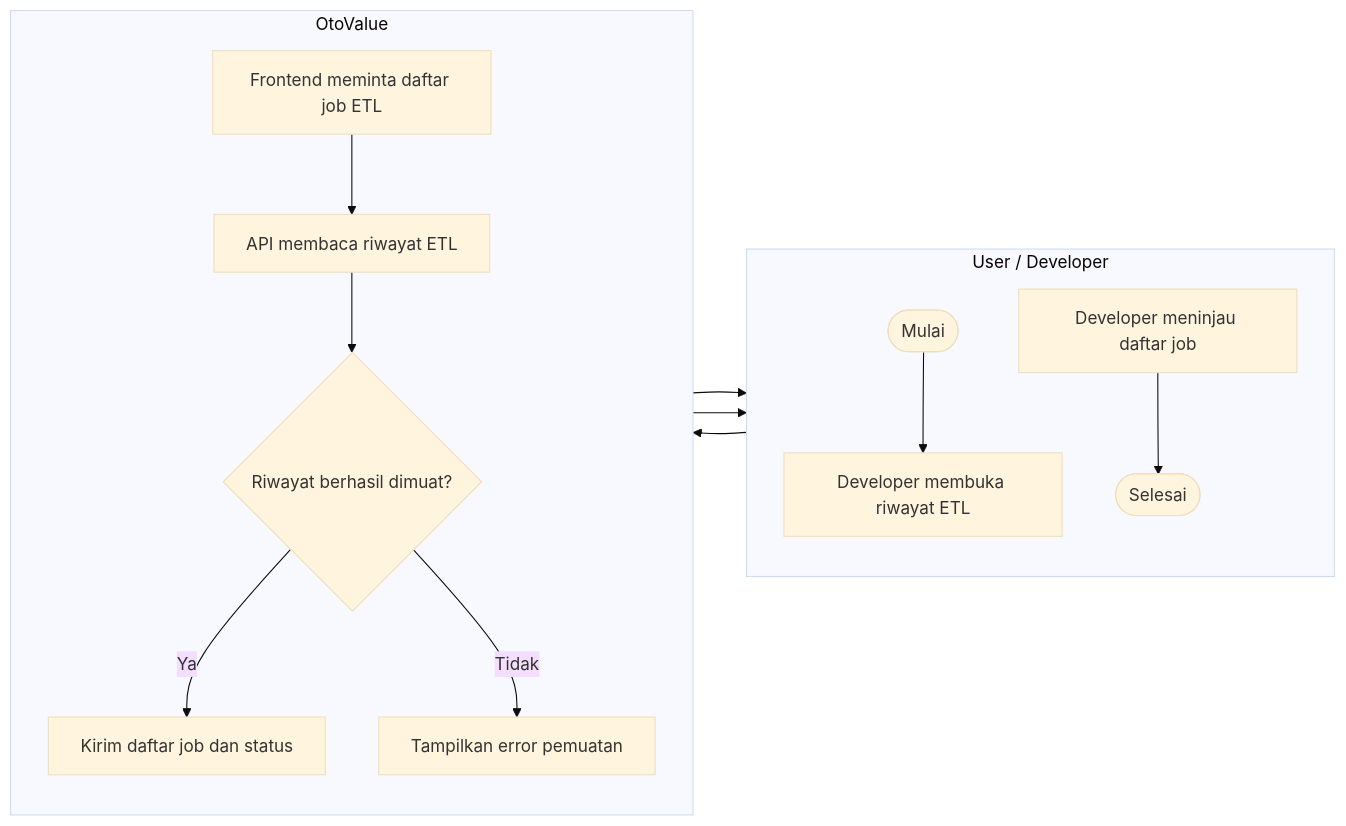
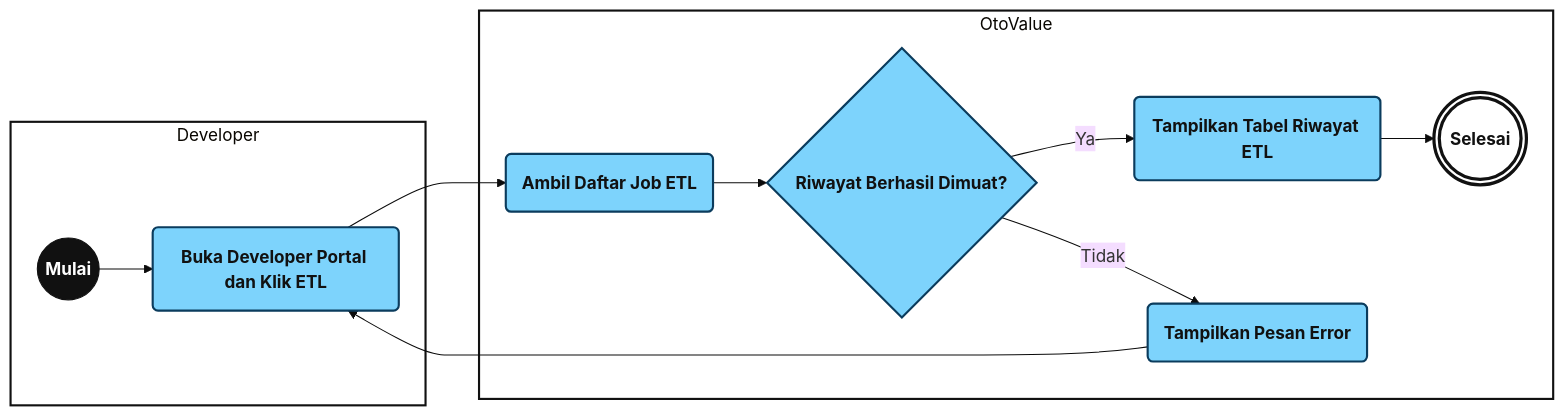
Diagram 12 of 18 in README.md (RistoKuy/XAI_Car_CP), drawn with Mermaid (base theme) before and after one commit. The commit also changed other lines of this file and 26 other files, not shown here.

````diff
--- a/README.md
+++ b/README.md
@@ -1193,20 +1076,22 @@
 ```mermaid
 flowchart LR
-    subgraph Actor["User / Developer"]
-        direction TB
-        A0([Mulai]) --> A1[Developer membuka riwayat ETL]
-        A2[Developer meninjau daftar job]
-        A3([Selesai])
+    subgraph ACT["Developer"]
+        A0((Mulai)):::start
+        A1(Buka Developer Portal dan Klik ETL):::step
     end
-    subgraph OtoValue["OtoValue"]
-        direction TB
-        S1[Frontend meminta daftar job ETL]
-        S2[API membaca riwayat ETL]
-        S3{Riwayat berhasil dimuat?}
-        S4[Kirim daftar job dan status]
-        S5[Tampilkan error pemuatan]
+    subgraph SYS["OtoValue"]
+        S1(Ambil Daftar Job ETL):::step
+        D{Riwayat Berhasil Dimuat?}:::step
+        S2(Tampilkan Tabel Riwayat ETL):::step
+        S3(Tampilkan Pesan Error):::step
+        E(((Selesai))):::stop
     end
-    A1 --> S1 --> S2 --> S3
-    S3 -- Ya --> S4 --> A2 --> A3
-    S3 -- Tidak --> S5 --> A1
+    A0 --> A1 --> S1 --> D
+    D -- Ya --> S2 --> E
+    D -- Tidak --> S3 --> A1
+    classDef step fill:#7DD3FC,stroke:#0B3C5D,stroke-width:2px,color:#111,font-weight:bold
+    classDef start fill:#111,stroke:#111,color:#fff,font-weight:bold
+    classDef stop fill:#fff,stroke:#111,stroke-width:3px,color:#111,font-weight:bold
+    style ACT fill:#fff,stroke:#111,stroke-width:2px
+    style SYS fill:#fff,stroke:#111,stroke-width:2px
 ```
````
